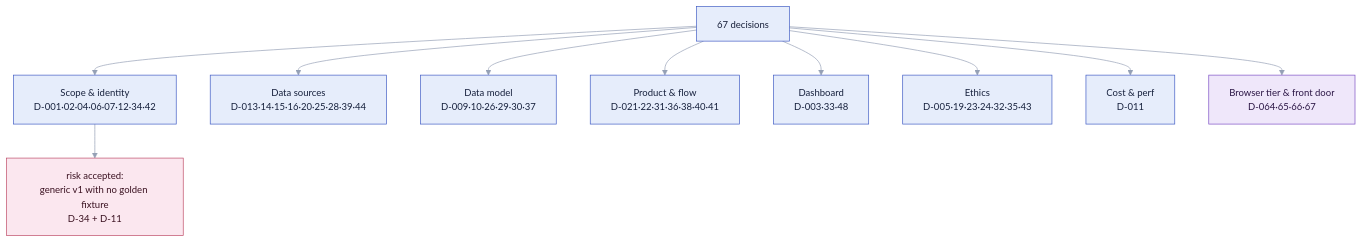
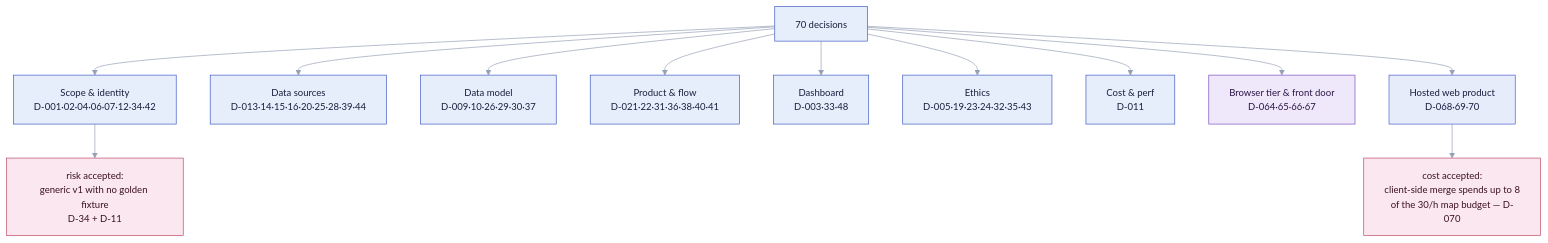
One commit to ahmedmahershaaban/supervisorly changed diagram 13 of 13 in docs/design-atlas.md. Above: the diagram before and after it, drawn with Mermaid. The commit also changed other lines of this file and 6 other files, not shown here.

````diff
--- a/docs/design-atlas.md
+++ b/docs/design-atlas.md
@@ -600,22 +684,26 @@
 ```mermaid
 %%{init:{'theme':'base','themeVariables':{'fontFamily':'ui-sans-serif,system-ui,sans-serif','fontSize':'14px','primaryColor':'#e6edfb','primaryBorderColor':'#3f5bc4','primaryTextColor':'#18203a','lineColor':'#95a0b5','secondaryColor':'#eef1f6','tertiaryColor':'#f6f8fb','clusterBkg':'#f6f8fb','clusterBorder':'#cbd3e2'}}}%%
 flowchart TD
-  ROOT["67 decisions"]
+  ROOT["70 decisions"]
   ROOT --> SCOPE["Scope & identity<br/>D-001·02·04·06·07·12·34·42"]
   ROOT --> SRC["Data sources<br/>D-013·14·15·16·20·25·28·39·44"]
   ROOT --> DATA["Data model<br/>D-009·10·26·29·30·37"]
   ROOT --> PROD["Product & flow<br/>D-021·22·31·36·38·40·41"]
   ROOT --> DASH["Dashboard<br/>D-003·33·48"]
   ROOT --> ETH["Ethics<br/>D-005·19·23·24·32·35·43"]
   ROOT --> COST["Cost & perf<br/>D-011"]
   ROOT --> FRONT["Browser tier & front door<br/>D-064·65·66·67"]
+  ROOT --> WEBT["Hosted web product<br/>D-068·69·70"]
 
   SCOPE --> RISK["risk accepted:<br/>generic v1 with no golden fixture<br/>D-34 + D-11"]
+  WEBT --> WRISK["cost accepted:<br/>client-side merge spends up to 8<br/>of the 30/h map budget — D-070"]
 
   classDef tool fill:#e6edfb,stroke:#3f5bc4,color:#16203c;
   classDef agentv fill:#efe7fa,stroke:#7c4fc4,color:#2a1544;
   classDef human fill:#fbe7ef,stroke:#bd4a66,color:#3a1120;
+  classDef web fill:#e7ecfb,stroke:#4a5fd0,color:#161d3c;
   class SCOPE,SRC,DATA,PROD,DASH,ETH,COST tool
   class FRONT agentv
-  class RISK human
+  class WEBT web
+  class RISK,WRISK human
 ```
````
